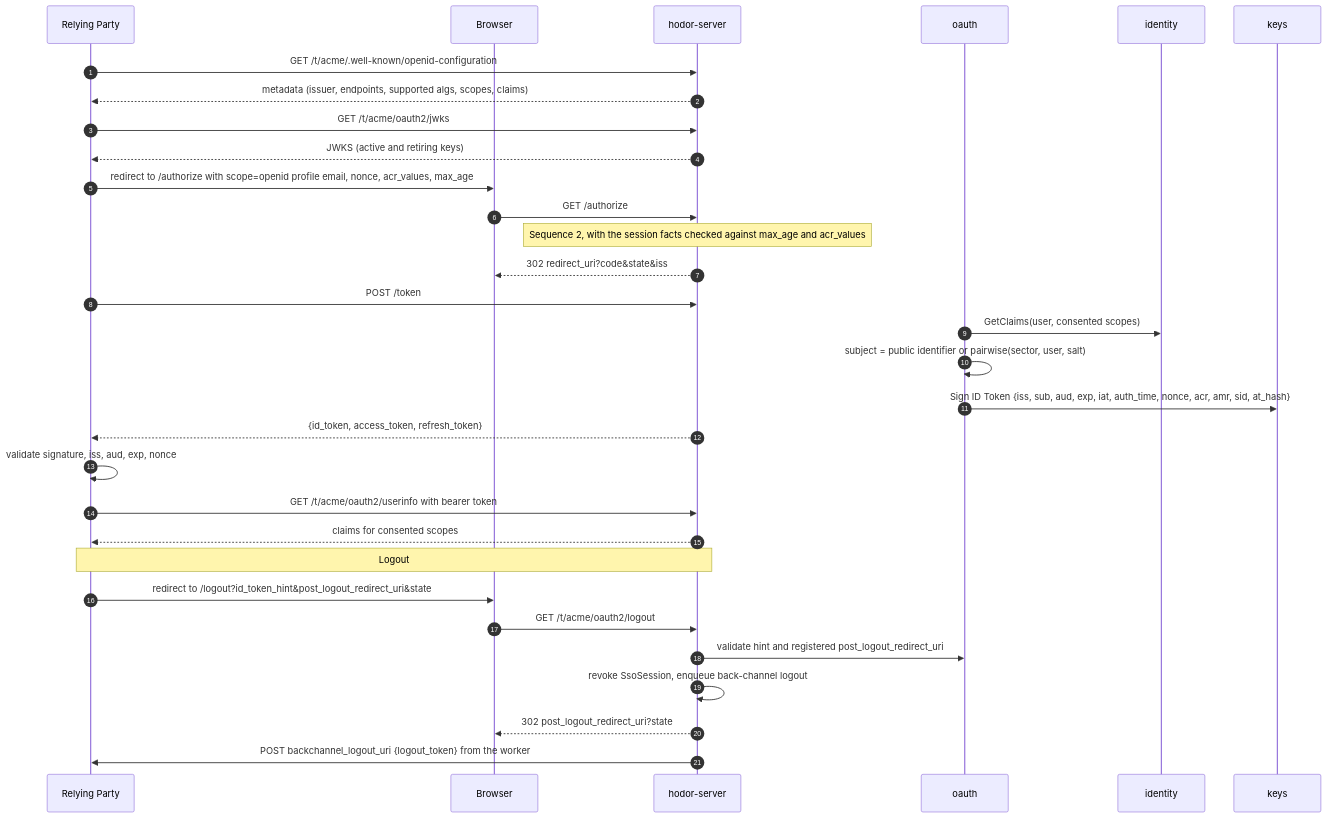
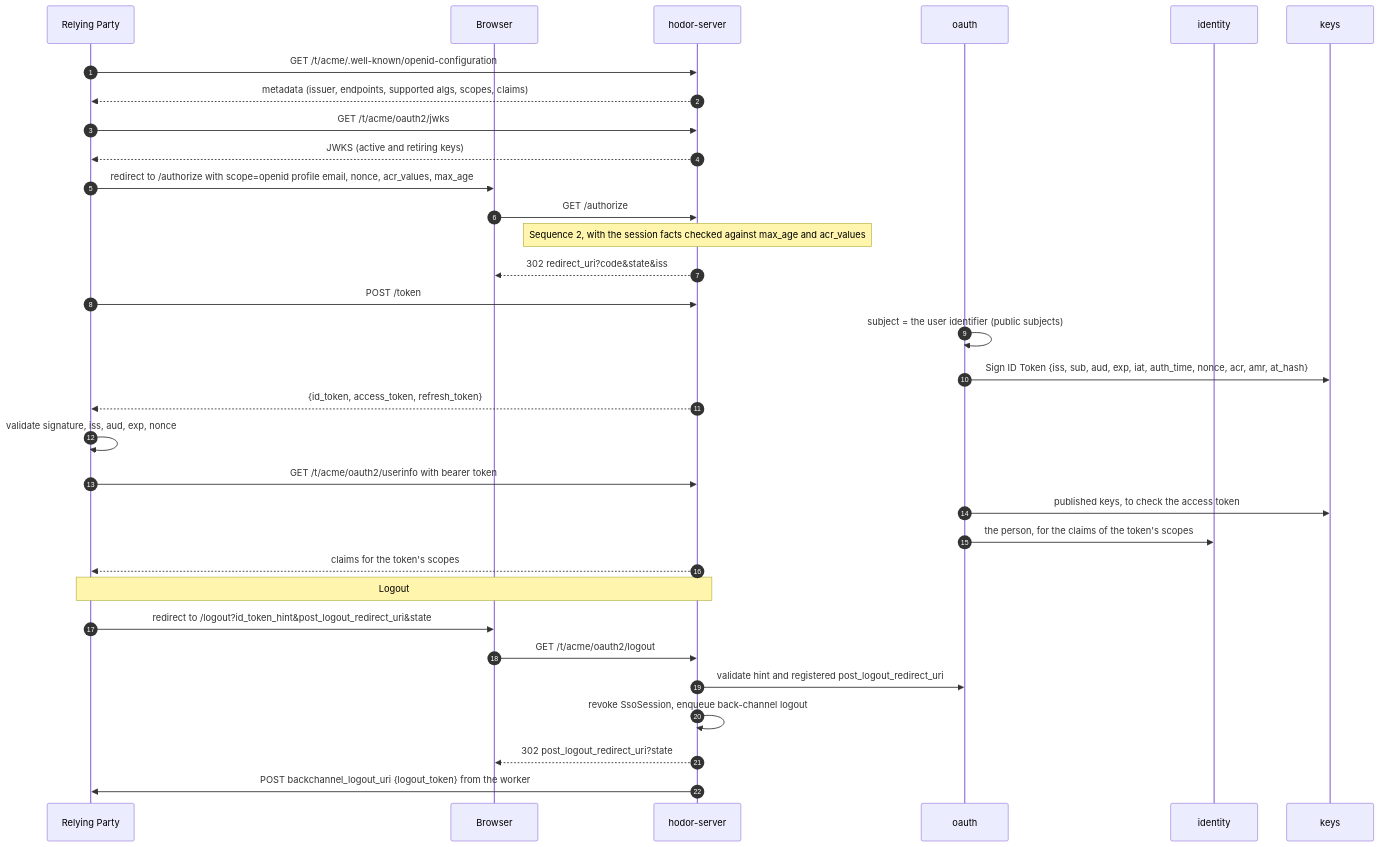
The third of 7 diagrams in docs/protocols/sequences.md (ortisun/hodor), drawn with Mermaid before and after one commit. The commit also changed other lines of this file and 34 other files, not shown here.

First line of the commit message:
feat(oauth): the OpenID Provider, with the ID token, UserInfo and discovery

````diff
--- a/docs/protocols/sequences.md
+++ b/docs/protocols/sequences.md
@@ -100,34 +102,35 @@
 ```mermaid
 sequenceDiagram
     autonumber
     participant RelyingParty as Relying Party
     participant Browser as Browser
     participant Server as hodor-server
     participant OAuth as oauth
     participant Identity as identity
     participant Keys as keys
 
     RelyingParty->>Server: GET /t/acme/.well-known/openid-configuration
     Server-->>RelyingParty: metadata (issuer, endpoints, supported algs, scopes, claims)
     RelyingParty->>Server: GET /t/acme/oauth2/jwks
     Server-->>RelyingParty: JWKS (active and retiring keys)
     RelyingParty->>Browser: redirect to /authorize with scope=openid profile email, nonce, acr_values, max_age
     Browser->>Server: GET /authorize
     Note over Server: Sequence 2, with the session facts checked against max_age and acr_values
     Server-->>Browser: 302 redirect_uri?code&state&iss
     RelyingParty->>Server: POST /token
-    OAuth->>Identity: GetClaims(user, consented scopes)
-    OAuth->>OAuth: subject = public identifier or pairwise(sector, user, salt)
-    OAuth->>Keys: Sign ID Token {iss, sub, aud, exp, iat, auth_time, nonce, acr, amr, sid, at_hash}
+    OAuth->>OAuth: subject = the user identifier (public subjects)
+    OAuth->>Keys: Sign ID Token {iss, sub, aud, exp, iat, auth_time, nonce, acr, amr, at_hash}
     Server-->>RelyingParty: {id_token, access_token, refresh_token}
     RelyingParty->>RelyingParty: validate signature, iss, aud, exp, nonce
     RelyingParty->>Server: GET /t/acme/oauth2/userinfo with bearer token
-    Server-->>RelyingParty: claims for consented scopes
+    OAuth->>Keys: published keys, to check the access token
+    OAuth->>Identity: the person, for the claims of the token's scopes
+    Server-->>RelyingParty: claims for the token's scopes
     Note over RelyingParty,Server: Logout
     RelyingParty->>Browser: redirect to /logout?id_token_hint&post_logout_redirect_uri&state
     Browser->>Server: GET /t/acme/oauth2/logout
     Server->>OAuth: validate hint and registered post_logout_redirect_uri
     Server->>Server: revoke SsoSession, enqueue back-channel logout
     Server-->>Browser: 302 post_logout_redirect_uri?state
     Server->>RelyingParty: POST backchannel_logout_uri {logout_token} from the worker
 ```
````
